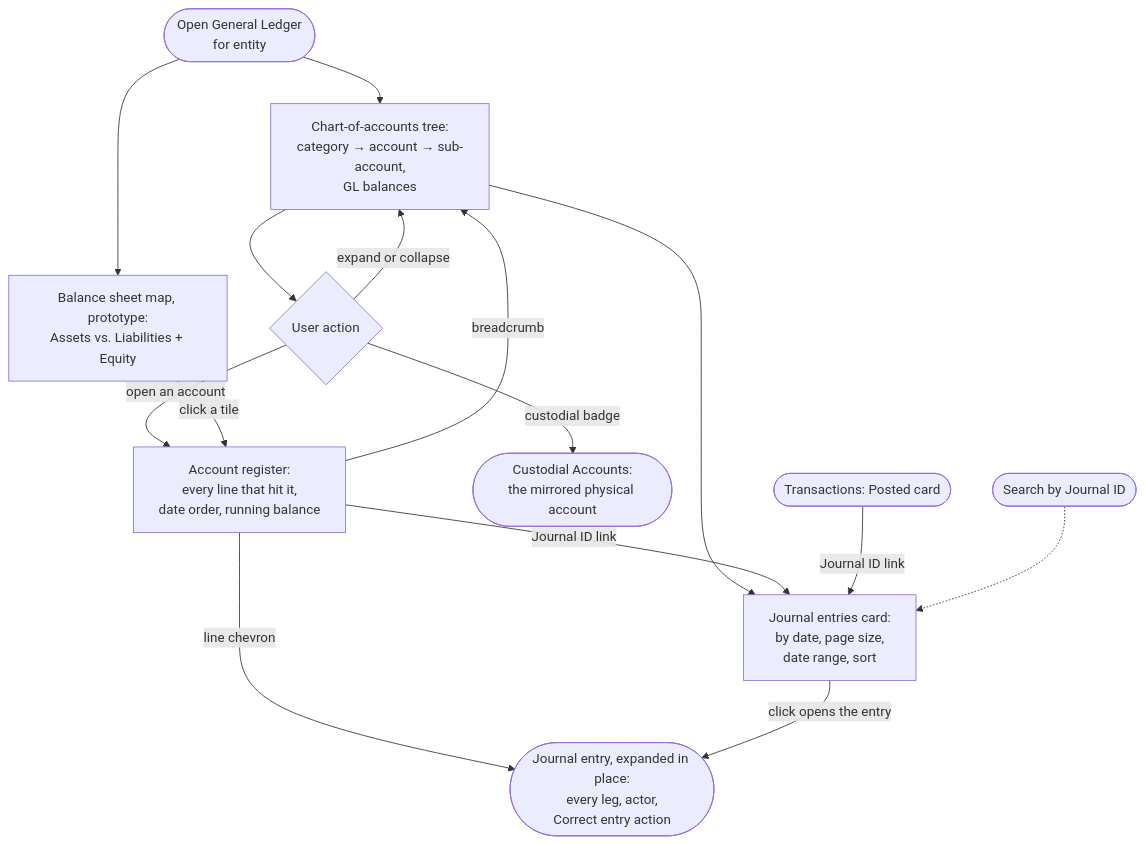
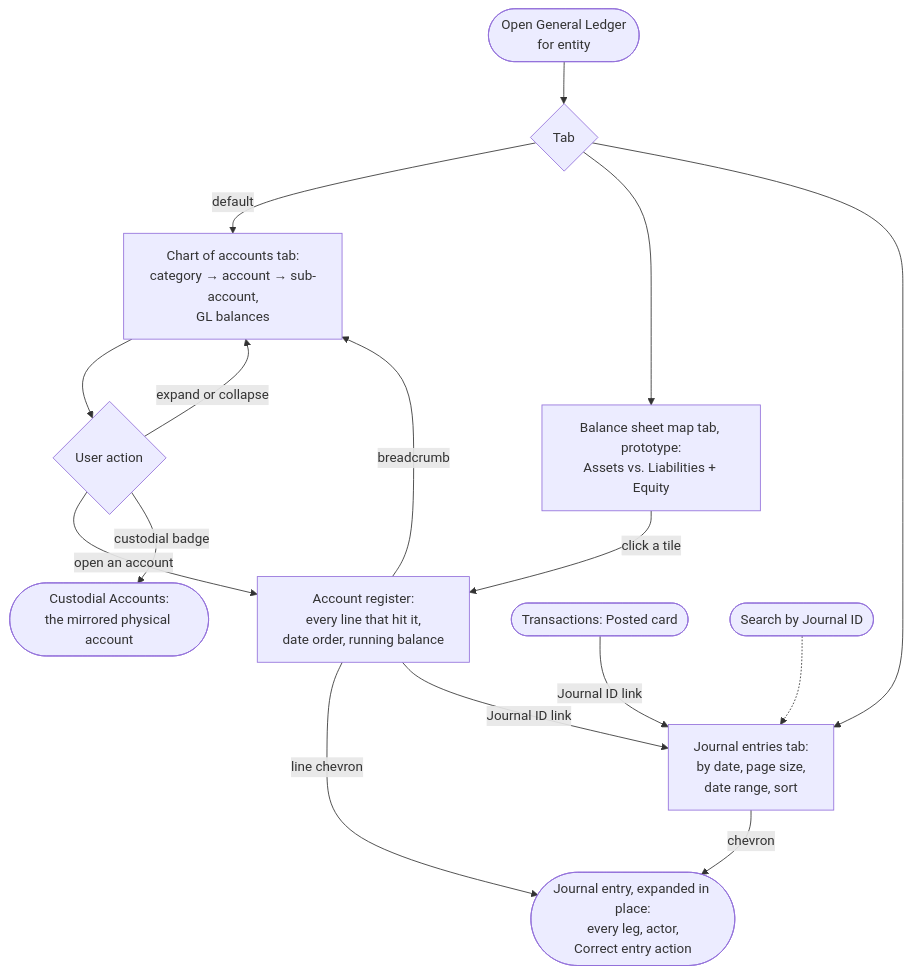
Before and after one commit to richmosko/polycarpic: the diagram in docs/DESIGN/flows/general-ledger-flow.md, drawn with Mermaid. The commit also changed other lines of this file and 5 other files, not shown here.

First line of the commit message:
docs(design): General Ledger sections become three tabs

````diff
--- a/docs/DESIGN/flows/general-ledger-flow.md
+++ b/docs/DESIGN/flows/general-ledger-flow.md
@@ -5,17 +5,18 @@
 ```mermaid
 flowchart TD
-  open([Open General Ledger\nfor entity]) --> tree[Chart-of-accounts tree:\ncategory → account → sub-account,\nGL balances]
-  open --> map[Balance sheet map, prototype:\nAssets vs. Liabilities + Equity]
+  open([Open General Ledger\nfor entity]) --> tabs{Tab}
+  tabs -- default --> tree[Chart of accounts tab:\ncategory → account → sub-account,\nGL balances]
+  tabs --> map[Balance sheet map tab, prototype:\nAssets vs. Liabilities + Equity]
+  tabs --> journal[Journal entries tab:\nby date, page size,\ndate range, sort]
   tree --> act{User action}
   act -- expand or collapse --> tree
   act -- open an account --> register[Account register:\nevery line that hit it,\ndate order, running balance]
   map -- click a tile --> register
   act -- custodial badge --> custodial([Custodial Accounts:\nthe mirrored physical account])
   register -- line chevron --> entry([Journal entry, expanded in place:\nevery leg, actor,\nCorrect entry action])
   register -- breadcrumb --> tree
-  tree --> journal[Journal entries card:\nby date, page size,\ndate range, sort]
-  journal -- click opens the entry --> entry
+  journal -- chevron --> entry
   register -- Journal ID link --> journal
   posted([Transactions: Posted card]) -- Journal ID link --> journal
   search([Search by Journal ID]) -.-> journal
 ```
````
